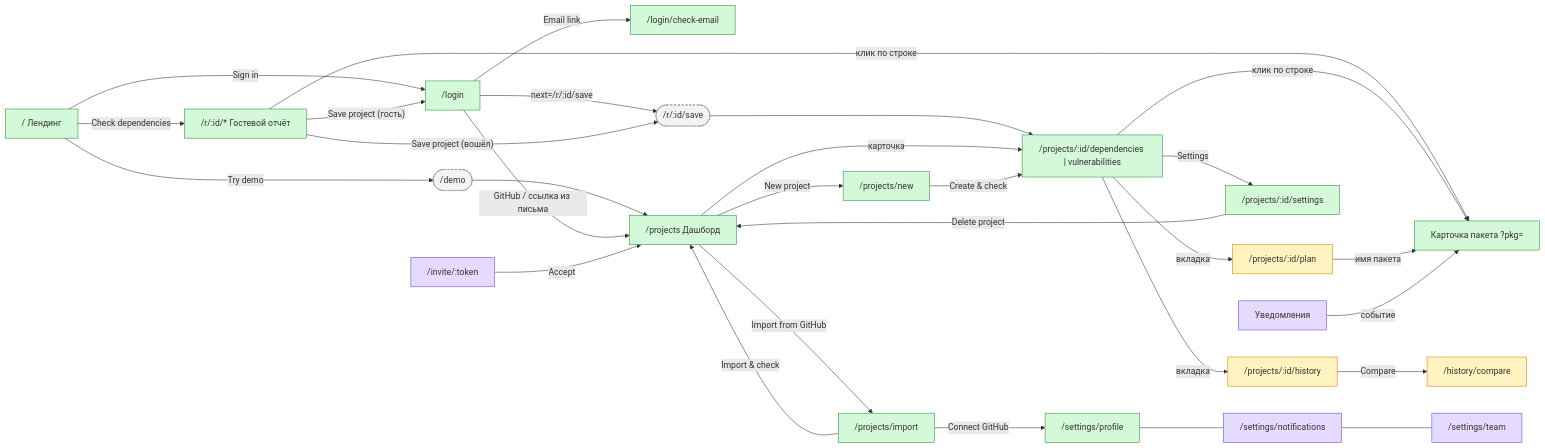
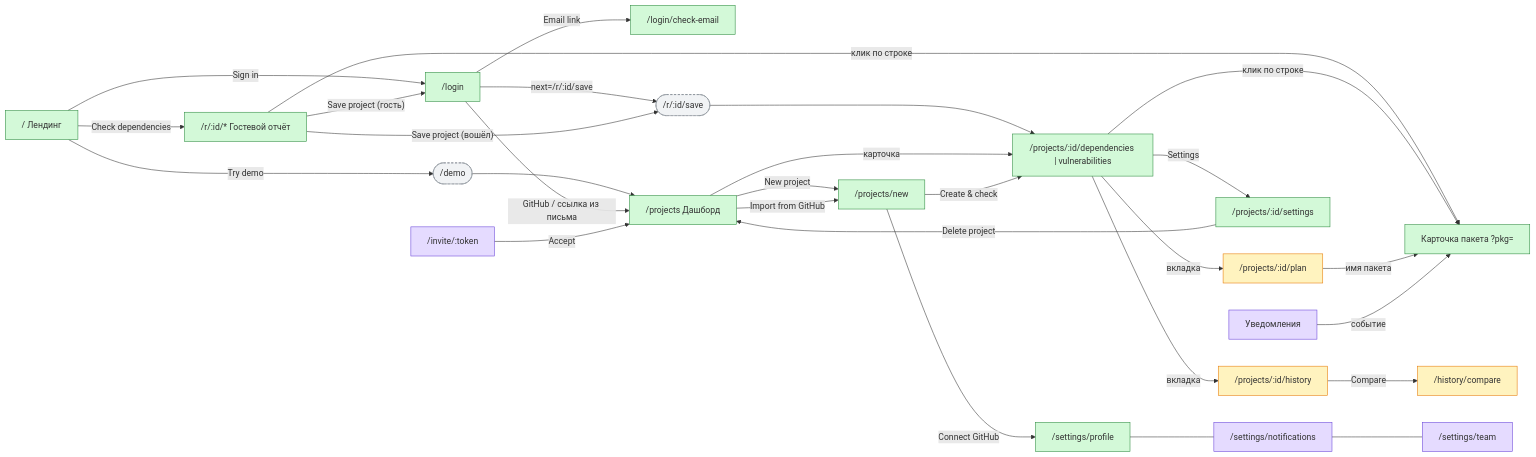
Before and after one commit to two-lifes/dependency-radar: the diagram in docs/screens.md, drawn with Mermaid. The commit also changed other lines of this file and 2 other files, not shown here.

Commit message:
docs: replace the GitHub import page with a repository list in the new project form

````diff
--- a/docs/screens.md
+++ b/docs/screens.md
@@ -58,55 +57,53 @@
 ```mermaid
 flowchart LR
   classDef mvp fill:#d3f9d8,stroke:#2b8a3e
   classDef v11 fill:#fff3bf,stroke:#e67700
   classDef v12 fill:#e5dbff,stroke:#6741d9
   classDef sys fill:#f1f3f5,stroke:#868e96,stroke-dasharray:4 3
 
   Landing["/ Лендинг"]:::mvp
   Login["/login"]:::mvp
   CheckEmail["/login/check-email"]:::mvp
   Demo(["/demo"]):::sys
   GuestReport["/r/:id/* Гостевой отчёт"]:::mvp
   Save(["/r/:id/save"]):::sys
   Projects["/projects Дашборд"]:::mvp
   NewProject["/projects/new"]:::mvp
-  Import["/projects/import"]:::mvp
   Report["/projects/:id/dependencies | vulnerabilities"]:::mvp
   Plan["/projects/:id/plan"]:::v11
   History["/projects/:id/history"]:::v11
   Compare["/history/compare"]:::v11
   Drawer["Карточка пакета ?pkg="]:::mvp
   ProjectSettings["/projects/:id/settings"]:::mvp
   Profile["/settings/profile"]:::mvp
   NotifSettings["/settings/notifications"]:::v12
   Team["/settings/team"]:::v12
   Notifications["Уведомления"]:::v12
   Invite["/invite/:token"]:::v12
 
   Landing -- "Check dependencies" --> GuestReport
   Landing -- "Try demo" --> Demo --> Projects
   Landing -- "Sign in" --> Login
   Login -- "Email link" --> CheckEmail
   Login -- "GitHub / ссылка из письма" --> Projects
   GuestReport -- "Save project (гость)" --> Login
   Login -- "next=/r/:id/save" --> Save
   GuestReport -- "Save project (вошёл)" --> Save
   Save --> Report
   GuestReport -- "клик по строке" --> Drawer
   Projects -- "карточка" --> Report
   Projects -- "New project" --> NewProject
   NewProject -- "Create & check" --> Report
-  Projects -- "Import from GitHub" --> Import
-  Import -- "Import & check" --> Projects
-  Import -- "Connect GitHub" --> Profile
+  Projects -- "Import from GitHub" --> NewProject
+  NewProject -- "Connect GitHub" --> Profile
   Report -- "клик по строке" --> Drawer
   Report -- "вкладка" --> Plan
   Report -- "вкладка" --> History
   History -- "Compare" --> Compare
   Plan -- "имя пакета" --> Drawer
   Report -- "Settings" --> ProjectSettings
   ProjectSettings -- "Delete project" --> Projects
   Notifications -- "событие" --> Drawer
   Invite -- "Accept" --> Projects
   Profile --- NotifSettings --- Team
 ```
````
